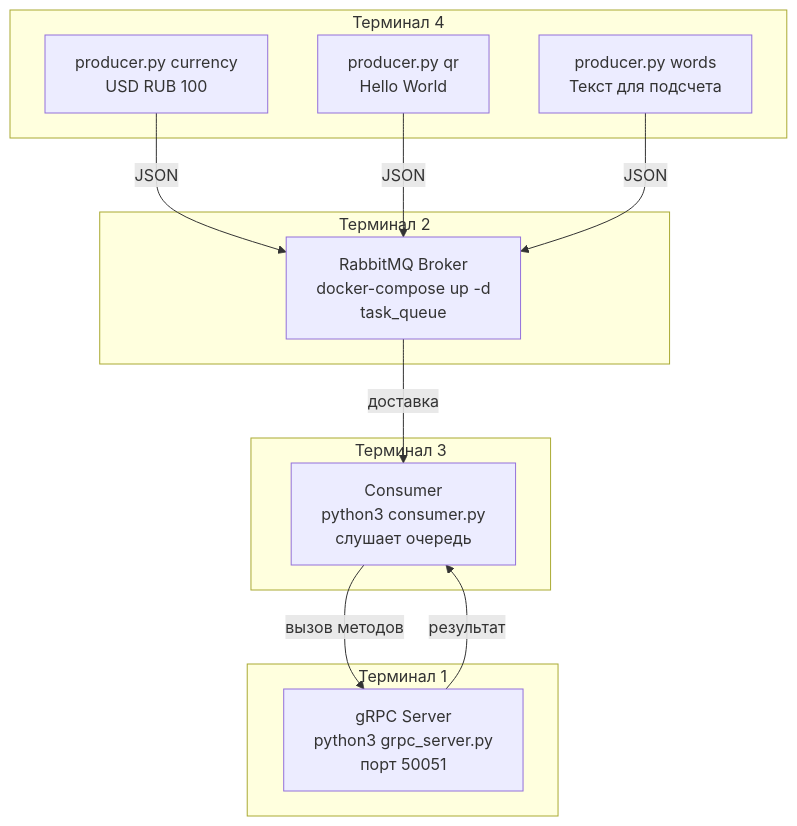
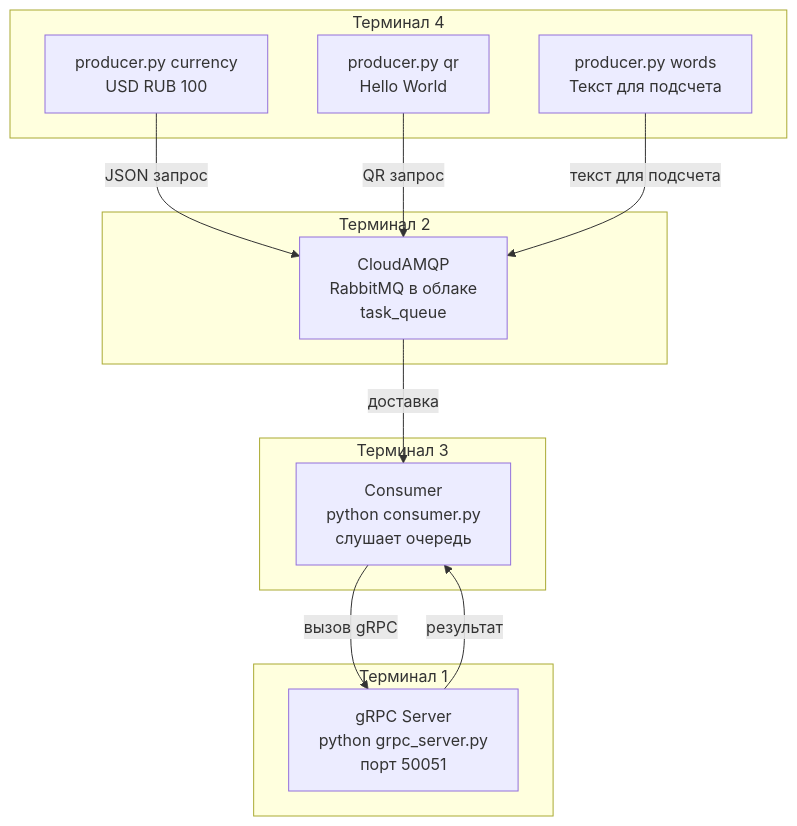
The diagram in lab03.md (VoinovaEA/prog), drawn with Mermaid before and after one commit.

````diff
--- a/lab03.md
+++ b/lab03.md
@@ -44,27 +45,27 @@
-  ```mermaid
+```mermaid
 graph TB
     subgraph "Терминал 4"
         D1["producer.py currency<br/>USD RUB 100"]
         D2["producer.py qr<br/>Hello World"]
         D3["producer.py words<br/>Текст для подсчета"]
     end
     
     subgraph "Терминал 2"
-        B["RabbitMQ Broker<br/>docker-compose up -d<br/>task_queue"]
+        B["CloudAMQP<br/>RabbitMQ в облаке<br/>task_queue"]
     end
     
     subgraph "Терминал 3"
-        C["Consumer<br/>python3 consumer.py<br/>слушает очередь"]
+        C["Consumer<br/>python consumer.py<br/>слушает очередь"]
     end
     
     subgraph "Терминал 1"
-        A["gRPC Server<br/>python3 grpc_server.py<br/>порт 50051"]
+        A["gRPC Server<br/>python grpc_server.py<br/>порт 50051"]
     end
     
-    D1 -->|JSON| B
-    D2 -->|JSON| B
-    D3 -->|JSON| B
+    D1 -->|JSON запрос| B
+    D2 -->|QR запрос| B
+    D3 -->|текст для подсчета| B
     B -->|доставка| C
-    C -->|вызов методов| A
+    C -->|вызов gRPC| A
     A -->|результат| C
 ```
````
